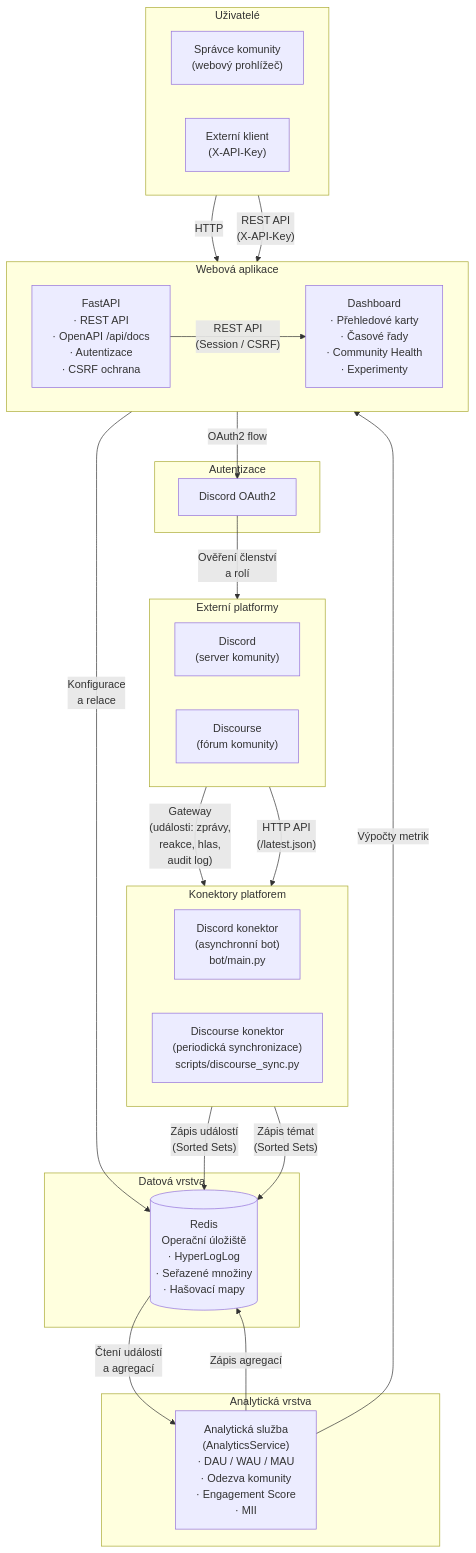
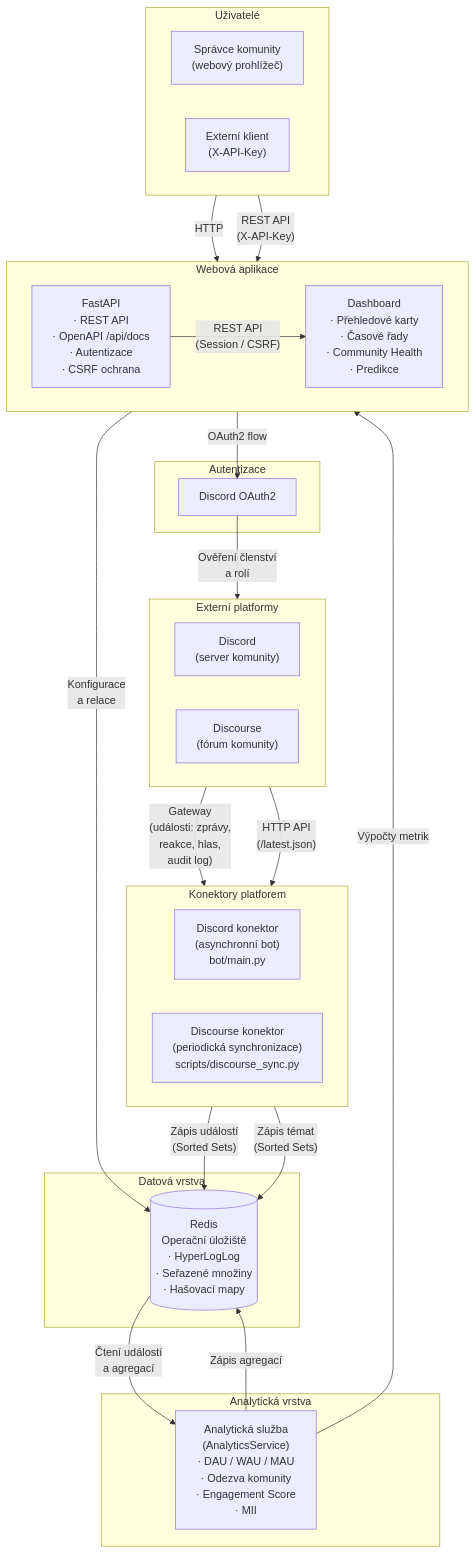
Before and after one commit to MarciPhan/2026-BP-Marcinka-PredikceChov-n-: the diagram in docs/architecture.md, drawn with Mermaid. The commit also changed 2 other files, not shown here.

Commit message:
docs: document all start scripts, fix Python version, sync EN/CS README
- README now documents start.py and start.bat alongside start.sh, and
  mirrors the Czech-only Community Health/API/Tests sections into English
- Align stated Python requirement (3.11+) with Dockerfile and CI
- Fix stale "Experimenty" page label in architecture diagram to "Predikce"
- Ignore *.bib alongside the existing *.typ/*.pdf thesis-artifact rules

````diff
--- a/docs/architecture.md
+++ b/docs/architecture.md
@@ -7,67 +7,67 @@
 ```mermaid
 flowchart TB
     subgraph External["Externí platformy"]
         direction LR
         DISCORD["Discord\n(server komunity)"]
         DISCOURSE["Discourse\n(fórum komunity)"]
     end
 
     subgraph Connectors["Konektory platforem"]
         direction LR
         DC["Discord konektor\n(asynchronní bot)\nbot/main.py"]
         DSC["Discourse konektor\n(periodická synchronizace)\nscripts/discourse_sync.py"]
     end
 
     subgraph DataLayer["Datová vrstva"]
         REDIS[("Redis\nOperační úložiště\n· HyperLogLog\n· Seřazené množiny\n· Hašovací mapy")]
     end
 
     subgraph Analytics["Analytická vrstva"]
         AS["Analytická služba\n(AnalyticsService)\n· DAU / WAU / MAU\n· Odezva komunity\n· Engagement Score\n· MII"]
     end
 
     subgraph WebApp["Webová aplikace"]
         direction LR
         API["FastAPI\n· REST API\n· OpenAPI /api/docs\n· Autentizace\n· CSRF ochrana"]
-        DASH["Dashboard\n· Přehledové karty\n· Časové řady\n· Community Health\n· Experimenty"]
+        DASH["Dashboard\n· Přehledové karty\n· Časové řady\n· Community Health\n· Predikce"]
     end
 
     subgraph Users["Uživatelé"]
         direction LR
         ADMIN["Správce komunity\n(webový prohlížeč)"]
         EXT_CLIENT["Externí klient\n(X-API-Key)"]
     end
 
     subgraph Auth["Autentizace"]
         OAUTH["Discord OAuth2"]
     end
 
     %% Sběr dat
     DISCORD -- "Gateway\n(události: zprávy,\nreakce, hlas,\naudit log)" --> DC
     DISCOURSE -- "HTTP API\n(/latest.json)" --> DSC
 
     %% Zápis do Redis
     DC -- "Zápis událostí\n(Sorted Sets)" --> REDIS
     DSC -- "Zápis témat\n(Sorted Sets)" --> REDIS
 
     %% Analytika
     REDIS -- "Čtení událostí\na agregací" --> AS
     AS -- "Zápis agregací" --> REDIS
 
     %% API ↔ Analytika
     AS -- "Výpočty metrik" --> API
 
     %% API ↔ Redis
     API -- "Konfigurace\na relace" --> REDIS
 
     %% Dashboard ↔ API
     API -- "REST API\n(Session / CSRF)" --> DASH
 
     %% Uživatelé
     ADMIN -- "HTTP" --> DASH
     EXT_CLIENT -- "REST API\n(X-API-Key)" --> API
 
     %% Autentizace
     API -- "OAuth2 flow" --> OAUTH
     OAUTH -- "Ověření členství\na rolí" --> DISCORD
 ```
````
